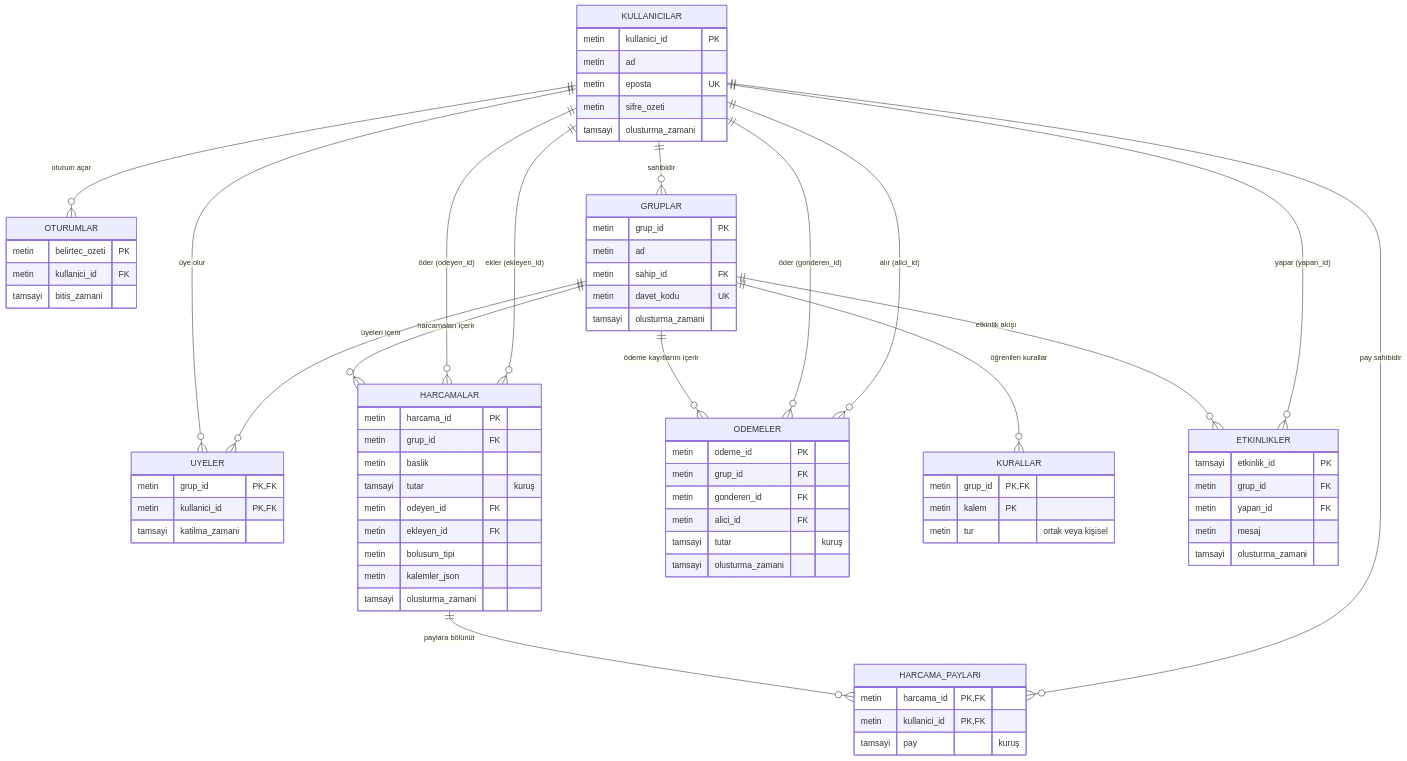
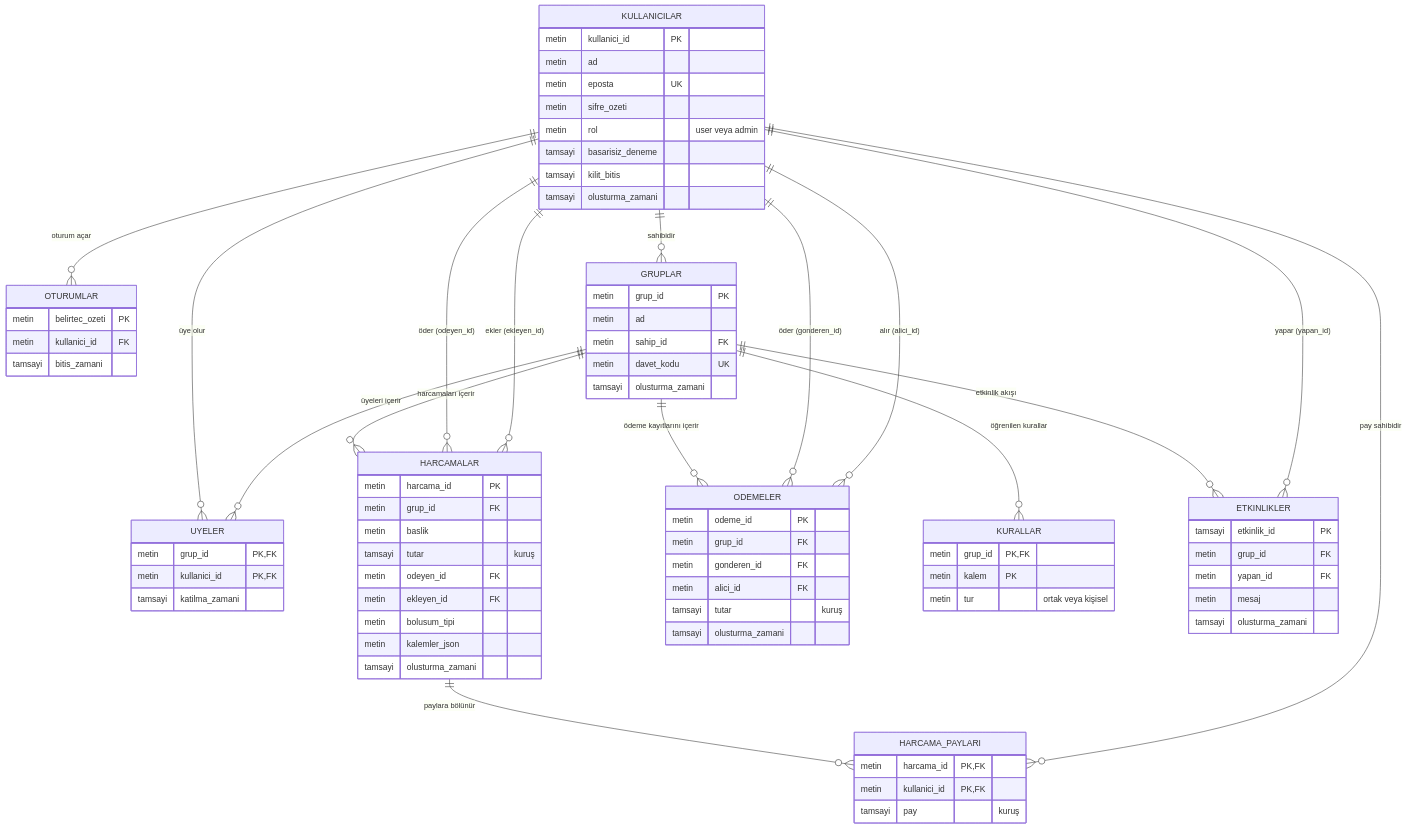
Before and after one commit to Batinahmet/Ortak-Gider-Payla-m-Ve-Bor-Takibi-backand: the diagram in docs/er-diyagrami-tr.mmd, drawn with Mermaid. The commit also changed 21 other files, not shown here.

```diff
--- a/docs/er-diyagrami-tr.mmd
+++ b/docs/er-diyagrami-tr.mmd
@@ -1,77 +1,80 @@
 erDiagram
   KULLANICILAR ||--o{ OTURUMLAR : "oturum açar"
   KULLANICILAR ||--o{ GRUPLAR : "sahibidir"
   KULLANICILAR ||--o{ UYELER : "üye olur"
   GRUPLAR ||--o{ UYELER : "üyeleri içerir"
   GRUPLAR ||--o{ HARCAMALAR : "harcamaları içerir"
   KULLANICILAR ||--o{ HARCAMALAR : "öder (odeyen_id)"
   KULLANICILAR ||--o{ HARCAMALAR : "ekler (ekleyen_id)"
   HARCAMALAR ||--o{ HARCAMA_PAYLARI : "paylara bölünür"
   KULLANICILAR ||--o{ HARCAMA_PAYLARI : "pay sahibidir"
   GRUPLAR ||--o{ ODEMELER : "ödeme kayıtlarını içerir"
   KULLANICILAR ||--o{ ODEMELER : "öder (gonderen_id)"
   KULLANICILAR ||--o{ ODEMELER : "alır (alici_id)"
   GRUPLAR ||--o{ KURALLAR : "öğrenilen kurallar"
   GRUPLAR ||--o{ ETKINLIKLER : "etkinlik akışı"
   KULLANICILAR ||--o{ ETKINLIKLER : "yapar (yapan_id)"
 
   KULLANICILAR {
     metin kullanici_id PK
     metin ad
     metin eposta UK
     metin sifre_ozeti
+    metin rol "user veya admin"
+    tamsayi basarisiz_deneme
+    tamsayi kilit_bitis
     tamsayi olusturma_zamani
   }
   OTURUMLAR {
     metin belirtec_ozeti PK
     metin kullanici_id FK
     tamsayi bitis_zamani
   }
   GRUPLAR {
     metin grup_id PK
     metin ad
     metin sahip_id FK
     metin davet_kodu UK
     tamsayi olusturma_zamani
   }
   UYELER {
     metin grup_id PK,FK
     metin kullanici_id PK,FK
     tamsayi katilma_zamani
   }
   HARCAMALAR {
     metin harcama_id PK
     metin grup_id FK
     metin baslik
     tamsayi tutar "kuruş"
     metin odeyen_id FK
     metin ekleyen_id FK
     metin bolusum_tipi
     metin kalemler_json
     tamsayi olusturma_zamani
   }
   HARCAMA_PAYLARI {
     metin harcama_id PK,FK
     metin kullanici_id PK,FK
     tamsayi pay "kuruş"
   }
   ODEMELER {
     metin odeme_id PK
     metin grup_id FK
     metin gonderen_id FK
     metin alici_id FK
     tamsayi tutar "kuruş"
     tamsayi olusturma_zamani
   }
   KURALLAR {
     metin grup_id PK,FK
     metin kalem PK
     metin tur "ortak veya kişisel"
   }
   ETKINLIKLER {
     tamsayi etkinlik_id PK
     metin grup_id FK
     metin yapan_id FK
     metin mesaj
     tamsayi olusturma_zamani
   }
```
